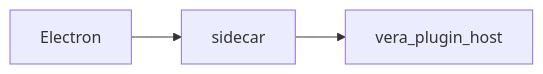
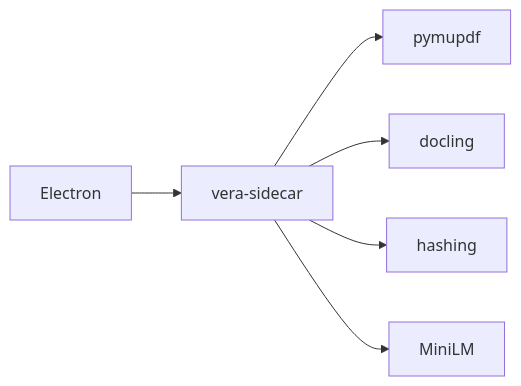
Before and after one commit to dkylewillis/vera: the diagram in docs/desktop-app-architecture.md, drawn with Mermaid. The commit also changed other lines of this file and 78 other files, not shown here.

````diff
--- a/docs/desktop-app-architecture.md
+++ b/docs/desktop-app-architecture.md
@@ -113,5 +85,8 @@
 ```mermaid
 flowchart LR
-  Electron --> sidecar
-  sidecar --> host["vera_plugin_host"]
+  Electron --> sidecar["vera-sidecar"]
+  sidecar --> pymupdf
+  sidecar --> docling
+  sidecar --> hashing
+  sidecar --> minilm["MiniLM"]
 ```
````
